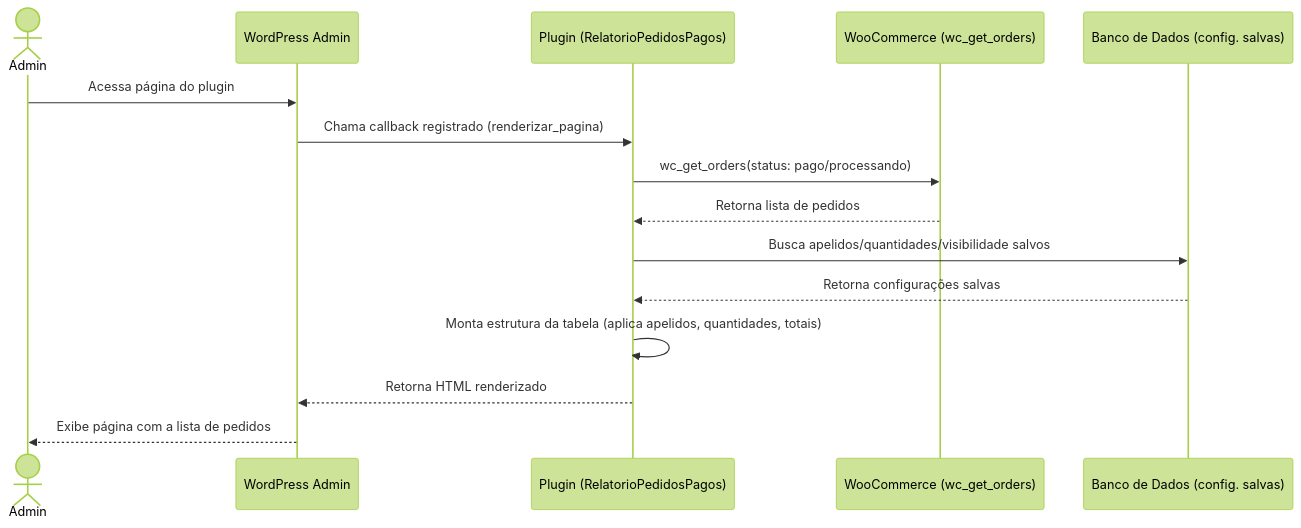
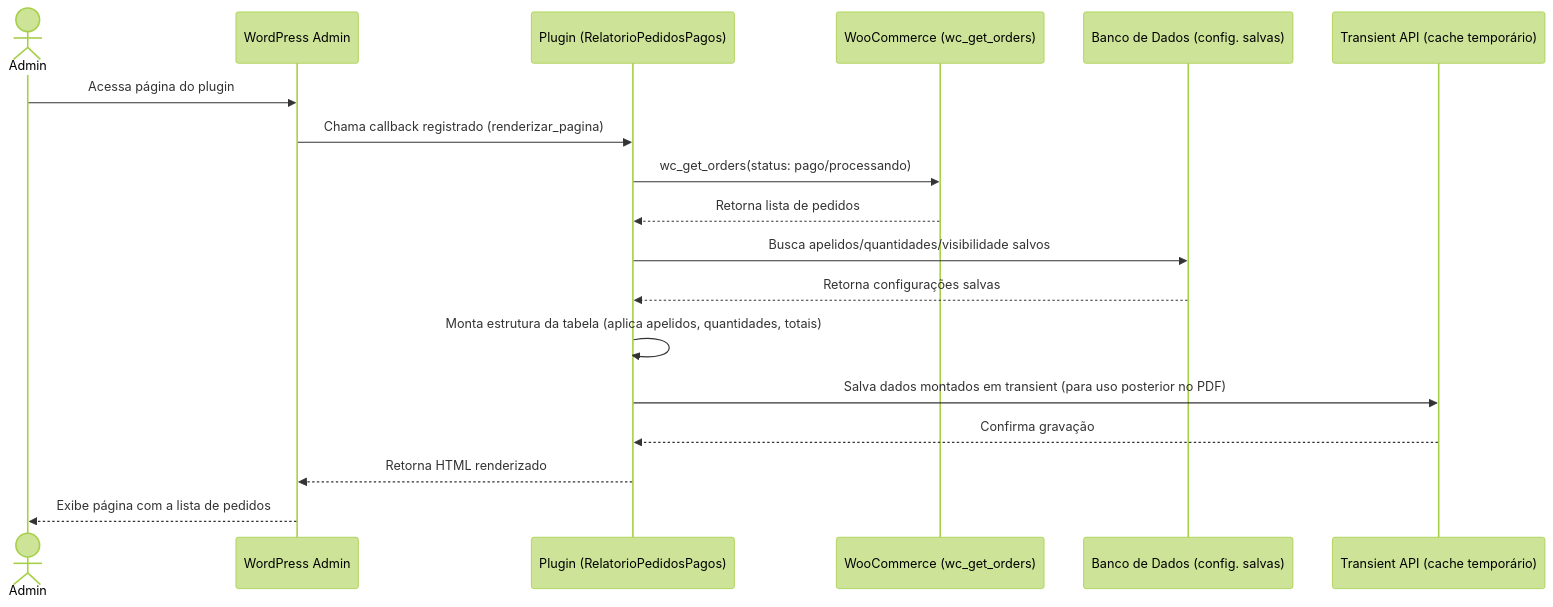
One commit to rodrigovanelli/relatorio-personalizado-pedidos-pagos changed the second of 4 diagrams in README.md. Above: the diagram before and after it, drawn with Mermaid (forest theme).

Commit message:
docs: adiciona persistência em transient ao diagrama de visualização

````diff
--- a/README.md
+++ b/README.md
@@ -50,18 +50,21 @@
 ```mermaid
 sequenceDiagram
     actor Admin
     participant WP as WordPress Admin
     participant Plugin as Plugin (RelatorioPedidosPagos)
     participant Woo as WooCommerce (wc_get_orders)
     participant DB as Banco de Dados (config. salvas)
+    participant Cache as Transient API (cache temporário)
 
     Admin->>WP: Acessa página do plugin
     WP->>Plugin: Chama callback registrado (renderizar_pagina)
     Plugin->>Woo: wc_get_orders(status: pago/processando)
     Woo-->>Plugin: Retorna lista de pedidos
     Plugin->>DB: Busca apelidos/quantidades/visibilidade salvos
     DB-->>Plugin: Retorna configurações salvas
     Plugin->>Plugin: Monta estrutura da tabela (aplica apelidos, quantidades, totais)
+    Plugin->>Cache: Salva dados montados em transient (para uso posterior no PDF)
+    Cache-->>Plugin: Confirma gravação
     Plugin-->>WP: Retorna HTML renderizado
     WP-->>Admin: Exibe página com a lista de pedidos
 ```
````
